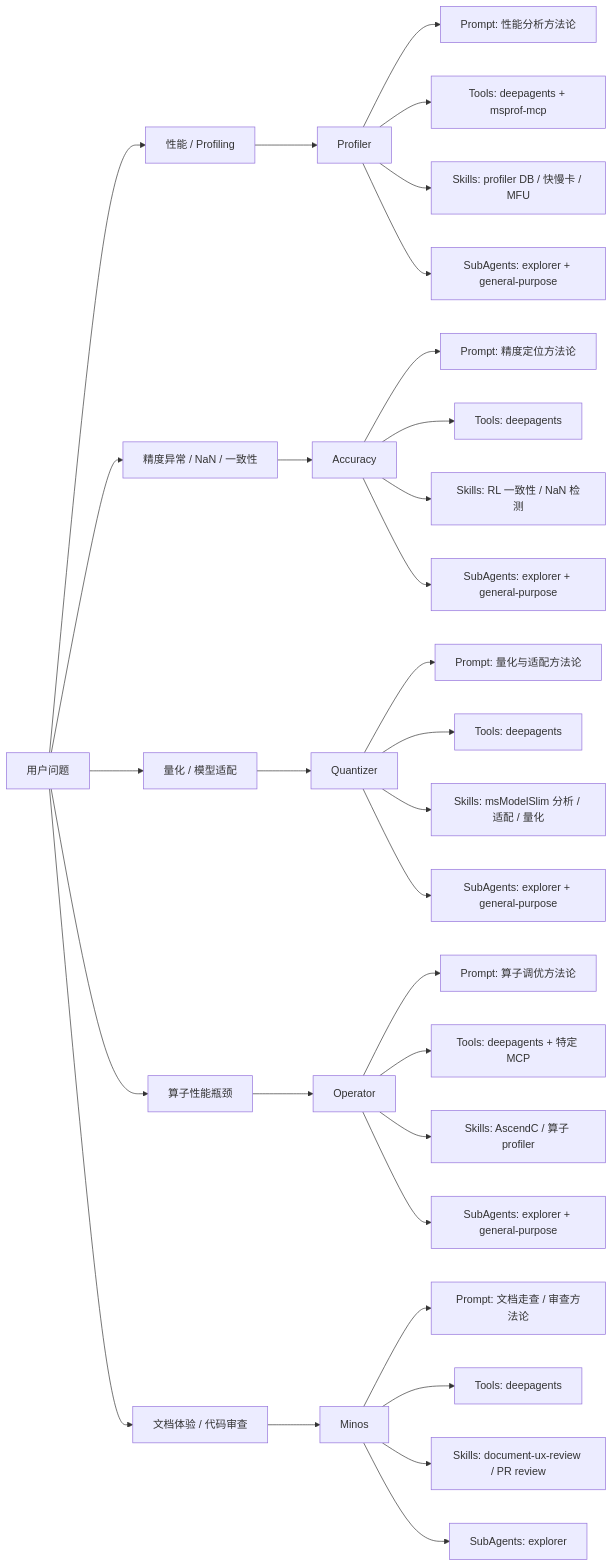
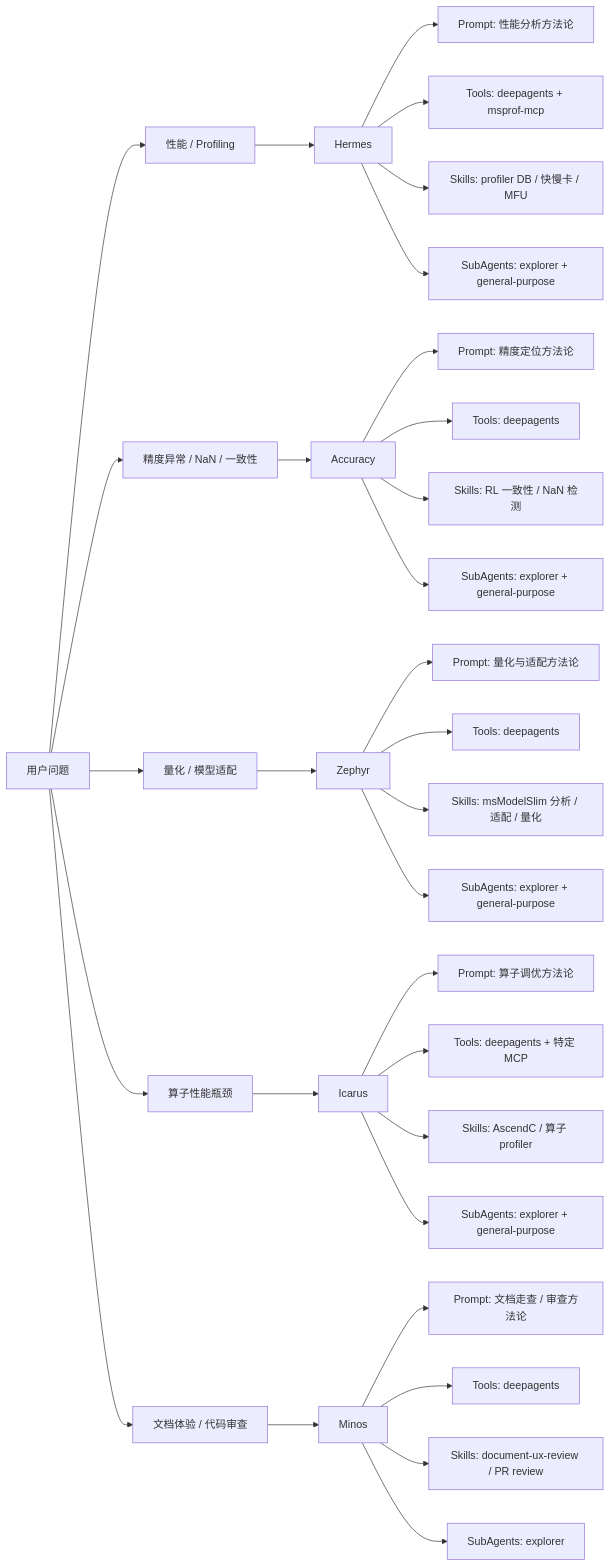
The third of 6 diagrams in docs/zh/design/msagent_design.md (Krusty84/msagent), drawn with Mermaid before and after one commit. The commit also changed other lines of this file and 12 other files, not shown here.

````diff
--- a/docs/zh/design/msagent_design.md
+++ b/docs/zh/design/msagent_design.md
@@ -220,39 +223,39 @@
 ```mermaid
 flowchart LR
     U["用户问题"] --> Q1["性能 / Profiling"]
     U --> Q2["精度异常 / NaN / 一致性"]
     U --> Q3["量化 / 模型适配"]
     U --> Q4["算子性能瓶颈"]
     U --> Q5["文档体验 / 代码审查"]
 
-    Q1 --> H["Profiler"]
+    Q1 --> H["Hermes"]
     Q2 --> A["Accuracy"]
-    Q3 --> Z["Quantizer"]
-    Q4 --> I["Operator"]
+    Q3 --> Z["Zephyr"]
+    Q4 --> I["Icarus"]
     Q5 --> M["Minos"]
 
     H --> H1["Prompt: 性能分析方法论"]
     H --> H2["Tools: deepagents + msprof-mcp"]
     H --> H3["Skills: profiler DB / 快慢卡 / MFU"]
     H --> H4["SubAgents: explorer + general-purpose"]
 
     A --> A1["Prompt: 精度定位方法论"]
     A --> A2["Tools: deepagents"]
     A --> A3["Skills: RL 一致性 / NaN 检测"]
     A --> A4["SubAgents: explorer + general-purpose"]
 
     Z --> Z1["Prompt: 量化与适配方法论"]
     Z --> Z2["Tools: deepagents"]
     Z --> Z3["Skills: msModelSlim 分析 / 适配 / 量化"]
     Z --> Z4["SubAgents: explorer + general-purpose"]
 
     I --> I1["Prompt: 算子调优方法论"]
     I --> I2["Tools: deepagents + 特定 MCP"]
     I --> I3["Skills: AscendC / 算子 profiler"]
     I --> I4["SubAgents: explorer + general-purpose"]
 
     M --> M1["Prompt: 文档走查 / 审查方法论"]
     M --> M2["Tools: deepagents"]
     M --> M3["Skills: document-ux-review / PR review"]
     M --> M4["SubAgents: explorer"]
 ```
````
